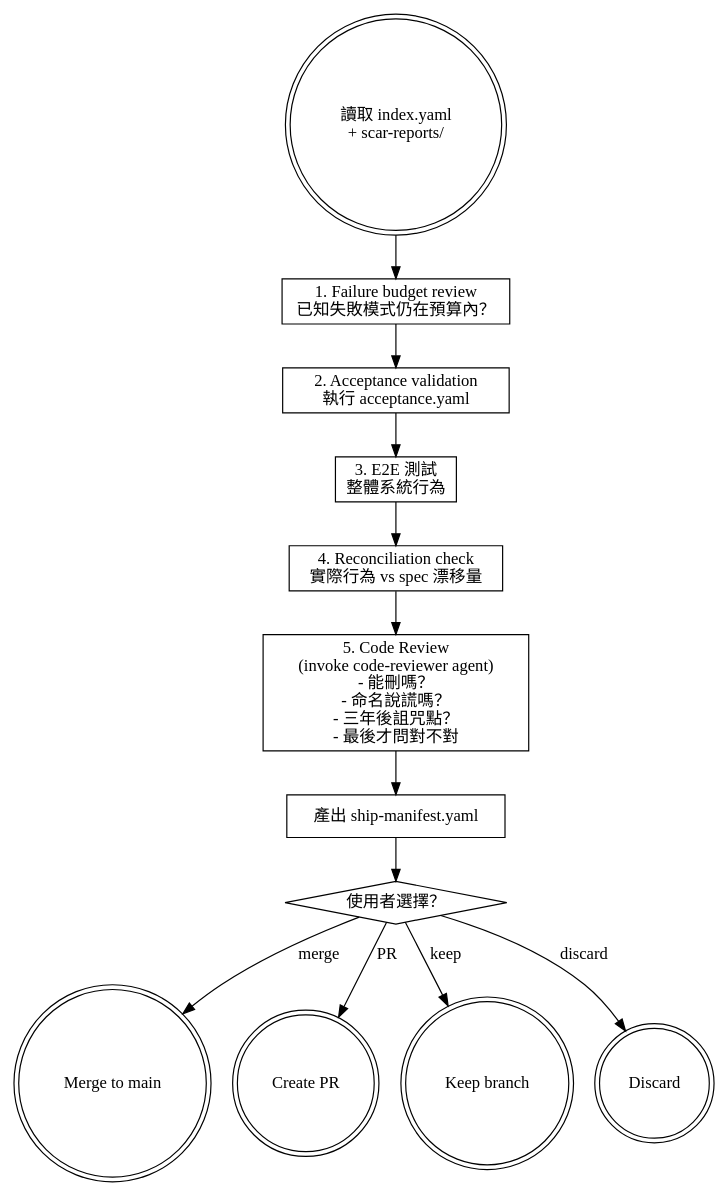
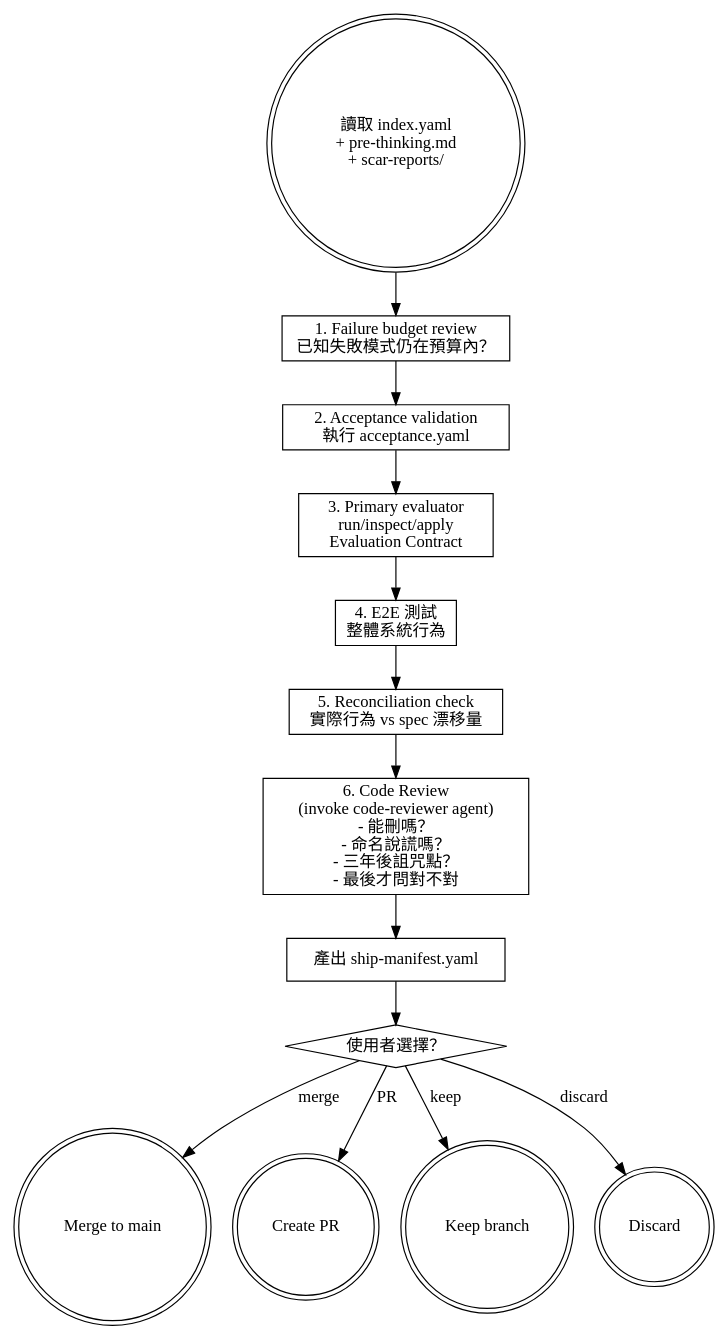
The diagram in skills/validate-and-ship/SKILL.md (roymondliao/samsara), drawn with Graphviz before and after one commit. The commit also changed other lines of this file and 20 other files, not shown here.

Commit message:
feat(samsara): enhance pre-thinking evaluation contract

````diff
--- a/skills/validate-and-ship/SKILL.md
+++ b/skills/validate-and-ship/SKILL.md
@@ -21,30 +22,32 @@
 ```dot
 digraph validate_and_ship {
     node [shape=box];
 
-    start [label="讀取 index.yaml\n+ scar-reports/" shape=doublecircle];
+    start [label="讀取 index.yaml\n+ pre-thinking.md\n+ scar-reports/" shape=doublecircle];
     failure_budget [label="1. Failure budget review\n已知失敗模式仍在預算內？"];
     acceptance [label="2. Acceptance validation\n執行 acceptance.yaml"];
-    e2e [label="3. E2E 測試\n整體系統行為"];
-    reconciliation [label="4. Reconciliation check\n實際行為 vs spec 漂移量"];
-    code_review [label="5. Code Review\n(invoke code-reviewer agent)\n- 能刪嗎？\n- 命名說謊嗎？\n- 三年後詛咒點？\n- 最後才問對不對"];
+    primary_eval [label="3. Primary evaluator\nrun/inspect/apply\nEvaluation Contract"];
+    e2e [label="4. E2E 測試\n整體系統行為"];
+    reconciliation [label="5. Reconciliation check\n實際行為 vs spec 漂移量"];
+    code_review [label="6. Code Review\n(invoke code-reviewer agent)\n- 能刪嗎？\n- 命名說謊嗎？\n- 三年後詛咒點？\n- 最後才問對不對"];
     ship [label="產出 ship-manifest.yaml"];
     choose [label="使用者選擇？" shape=diamond];
     merge [label="Merge to main" shape=doublecircle];
     pr [label="Create PR" shape=doublecircle];
     keep [label="Keep branch" shape=doublecircle];
     discard [label="Discard" shape=doublecircle];
 
     start -> failure_budget;
     failure_budget -> acceptance;
-    acceptance -> e2e;
+    acceptance -> primary_eval;
+    primary_eval -> e2e;
     e2e -> reconciliation;
     reconciliation -> code_review;
     code_review -> ship;
     ship -> choose;
     choose -> merge [label="merge"];
     choose -> pr [label="PR"];
     choose -> keep [label="keep"];
     choose -> discard [label="discard"];
 }
 ```
````
